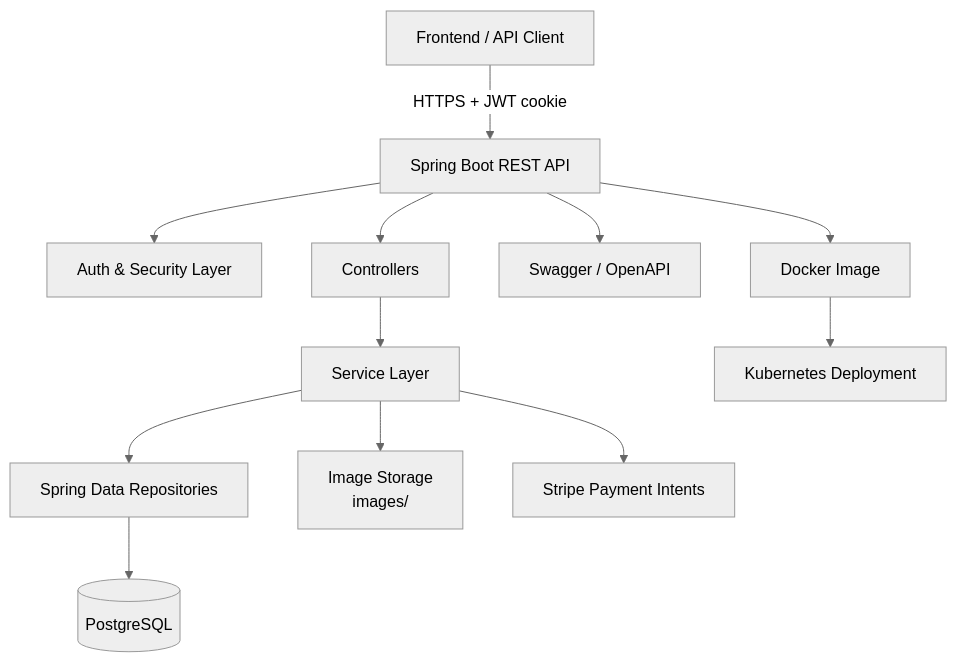
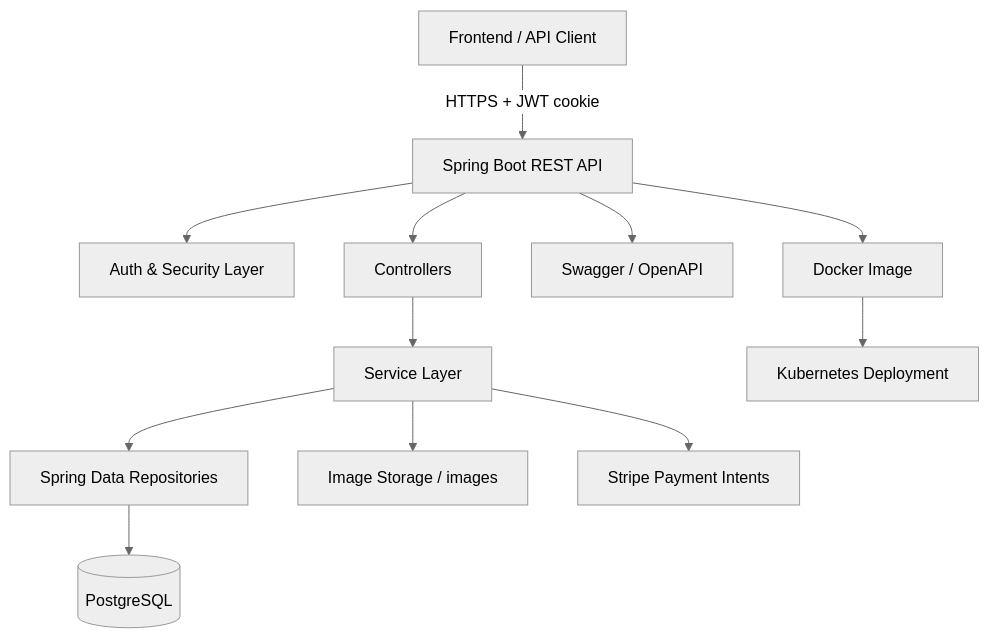
One commit to TasteTheThunder/Ecommerce-backend changed the diagram in README.md. Above: the diagram before and after it, drawn with Mermaid (neutral theme). The commit also changed other lines of this file, not shown here.

````diff
--- a/README.md
+++ b/README.md
@@ -17,14 +35,14 @@
 ```mermaid
 flowchart TB
 	Client[Frontend / API Client] -->|HTTPS + JWT cookie| Api[Spring Boot REST API]
 	Api --> Auth[Auth & Security Layer]
 	Api --> Controllers[Controllers]
 	Controllers --> Services[Service Layer]
 	Services --> Repos[Spring Data Repositories]
 	Repos --> Db[(PostgreSQL)]
-	Services --> Storage[Image Storage\nimages/]
+	Services --> Storage[Image Storage / images]
 	Services --> Stripe[Stripe Payment Intents]
 	Api --> Docs[Swagger / OpenAPI]
 	Api --> Docker[Docker Image]
 	Docker --> K8s[Kubernetes Deployment]
 ```
````
